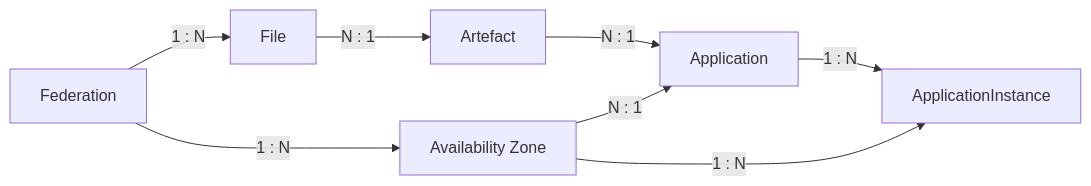
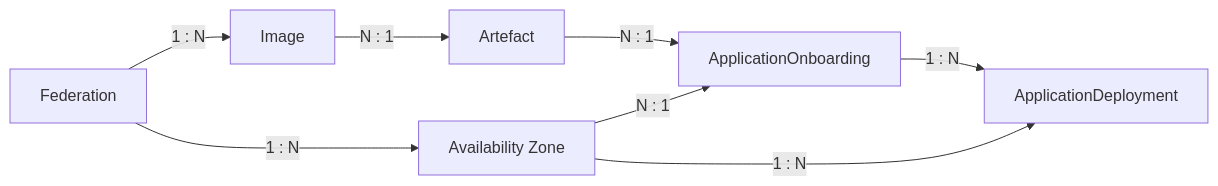
One commit to neonephos-katalis/opg-ewbi-documentation changed the fourth of 14 diagrams in docs/federation.md. Above: the diagram before and after it, drawn with Mermaid. The commit also changed other lines of this file and 2 other files, not shown here.

````diff
--- a/docs/federation.md
+++ b/docs/federation.md
@@ -133,17 +154,17 @@
 ```mermaid
 flowchart LR
     F["Federation"]
     Z["Availability Zone"]
-    FI["File"]
+    FI["Image"]
     AR["Artefact"]
-    AP["Application"]
-    AI["ApplicationInstance"]
+    AP["ApplicationOnboarding"]
+    AI["ApplicationDeployment"]
 
     F -->|"1 : N"| Z
     F -->|"1 : N"| FI
     FI -->|"N : 1"| AR
     AR -->|"N : 1"| AP
     Z -->|"N : 1"| AP
     AP -->|"1 : N"| AI
     Z -->|"1 : N"| AI
 ```
````
